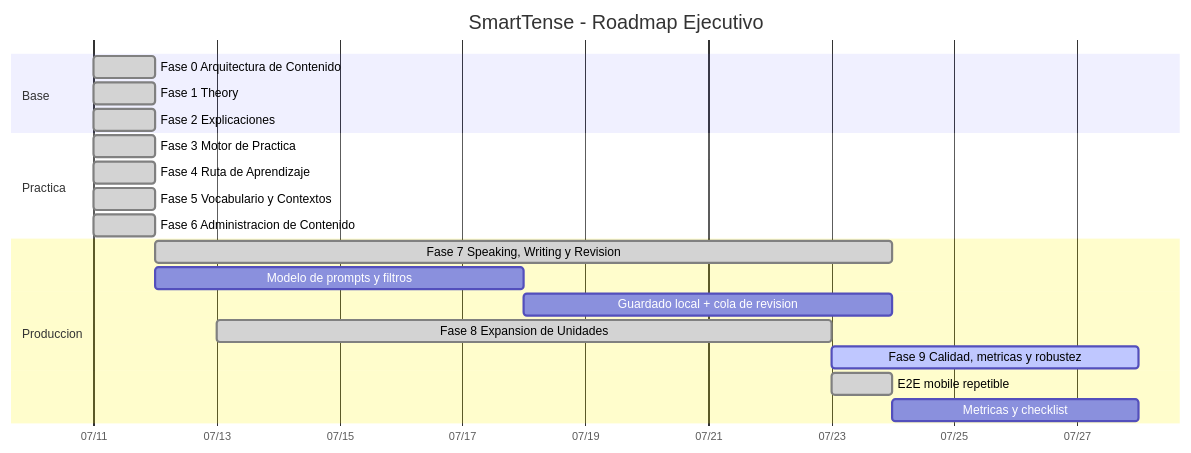
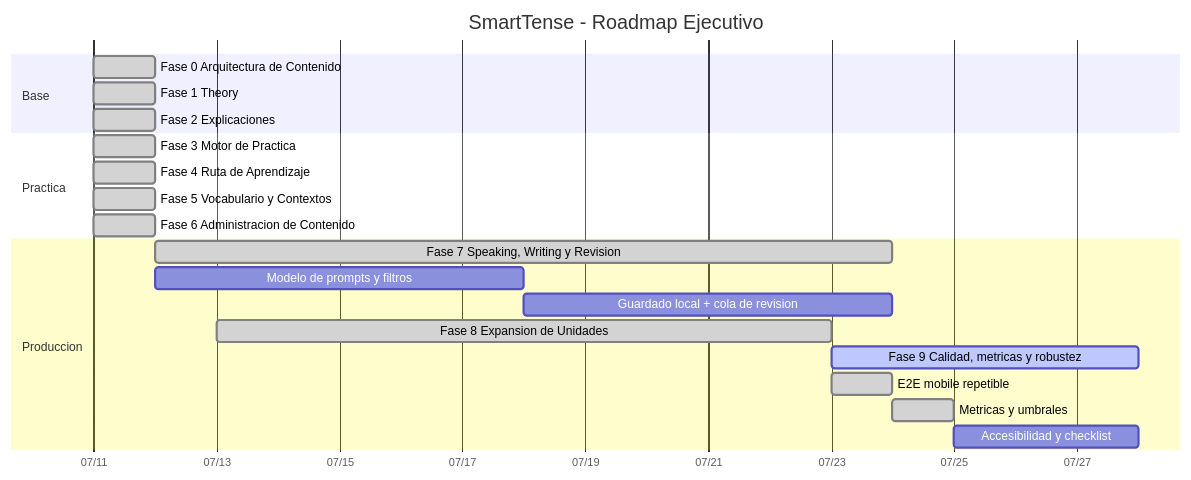
Before and after one commit to dafermen/SmartTense: the diagram in docs/DEVELOPMENT_PHASE_EXECUTION_PLAN.md, drawn with Mermaid. The commit also changed other lines of this file and 9 other files, not shown here.

````diff
--- a/docs/DEVELOPMENT_PHASE_EXECUTION_PLAN.md
+++ b/docs/DEVELOPMENT_PHASE_EXECUTION_PLAN.md
@@ -177,26 +177,27 @@
 ```mermaid
 gantt
     title SmartTense - Roadmap Ejecutivo
     dateFormat  YYYY-MM-DD
     axisFormat  %m/%d
 
     section Base
     Fase 0 Arquitectura de Contenido           :done, done0, 2026-07-11, 1d
     Fase 1 Theory                              :done, done1, 2026-07-11, 1d
     Fase 2 Explicaciones                       :done, done2, 2026-07-11, 1d
 
     section Practica
     Fase 3 Motor de Practica                    :done, done3, 2026-07-11, 1d
     Fase 4 Ruta de Aprendizaje                  :done, done4, 2026-07-11, 1d
     Fase 5 Vocabulario y Contextos              :done, done5, 2026-07-11, 1d
     Fase 6 Administracion de Contenido          :done, done6, 2026-07-11, 1d
 
     section Produccion
     Fase 7 Speaking, Writing y Revision         :done, p7, 2026-07-12, 12d
     Modelo de prompts y filtros                   :p7a, 2026-07-12, 6d
     Guardado local + cola de revision             :p7b, after p7a, 6d
     Fase 8 Expansion de Unidades                 :done, p8, 2026-07-13, 10d
     Fase 9 Calidad, metricas y robustez          :active, p9, after p8, 5d
     E2E mobile repetible                          :done, p9a, after p8, 1d
-    Metricas y checklist                          :p9b, after p9a, 4d
+    Metricas y umbrales                           :done, p9b, after p9a, 1d
+    Accesibilidad y checklist                     :p9c, after p9b, 3d
 ```
````
